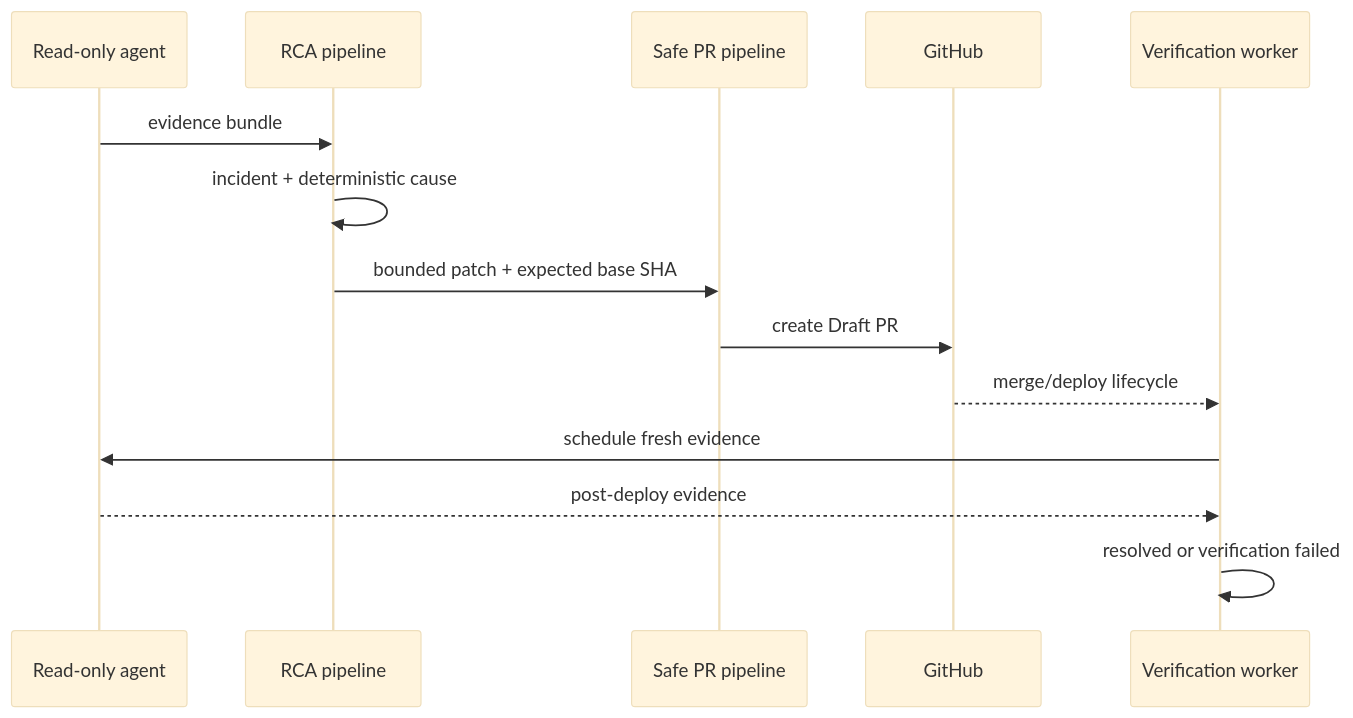
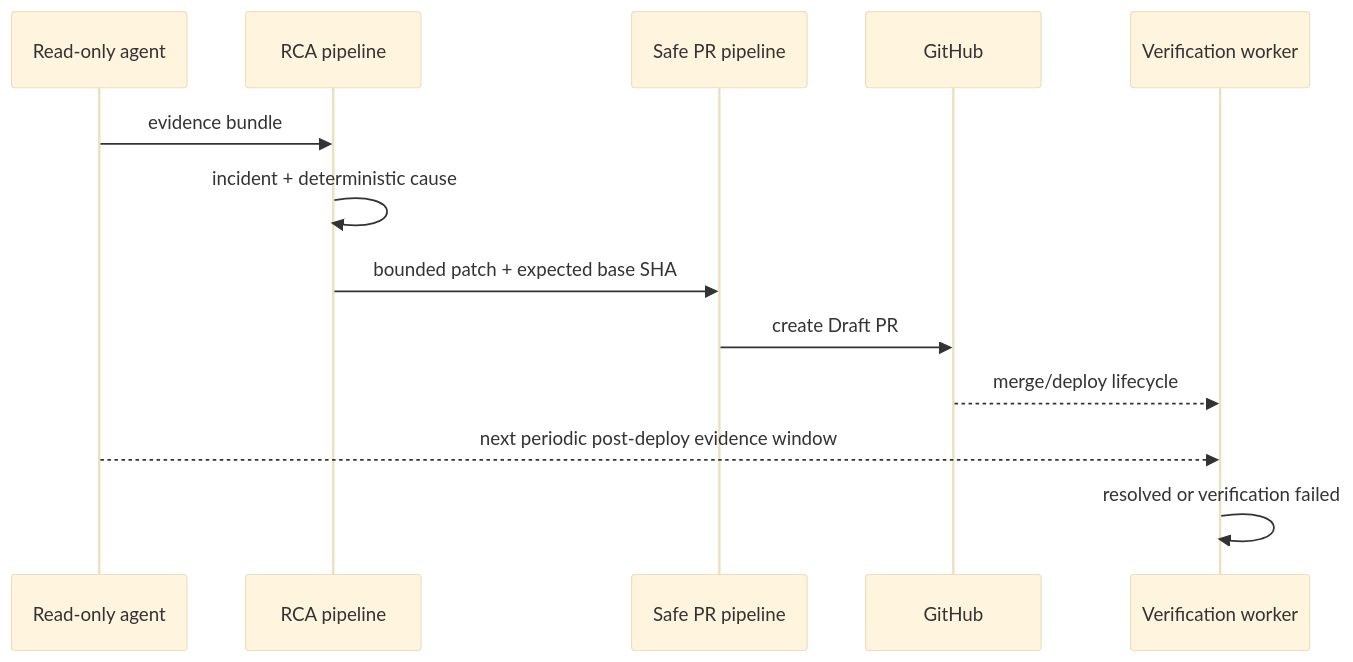
The diagram in docs/GOLDEN-PATH.md (Jungle-303-04/final), drawn with Mermaid (base theme) before and after one commit. The commit also changed other lines of this file, not shown here.

````diff
--- a/docs/GOLDEN-PATH.md
+++ b/docs/GOLDEN-PATH.md
@@ -29,16 +29,15 @@
 ```mermaid
 sequenceDiagram
   participant Agent as Read-only agent
   participant RCA as RCA pipeline
   participant PR as Safe PR pipeline
   participant GitHub
   participant Verify as Verification worker
   Agent->>RCA: evidence bundle
   RCA->>RCA: incident + deterministic cause
   RCA->>PR: bounded patch + expected base SHA
   PR->>GitHub: create Draft PR
   GitHub-->>Verify: merge/deploy lifecycle
-  Verify->>Agent: schedule fresh evidence
-  Agent-->>Verify: post-deploy evidence
+  Agent-->>Verify: next periodic post-deploy evidence window
   Verify->>Verify: resolved or verification failed
 ```
````
